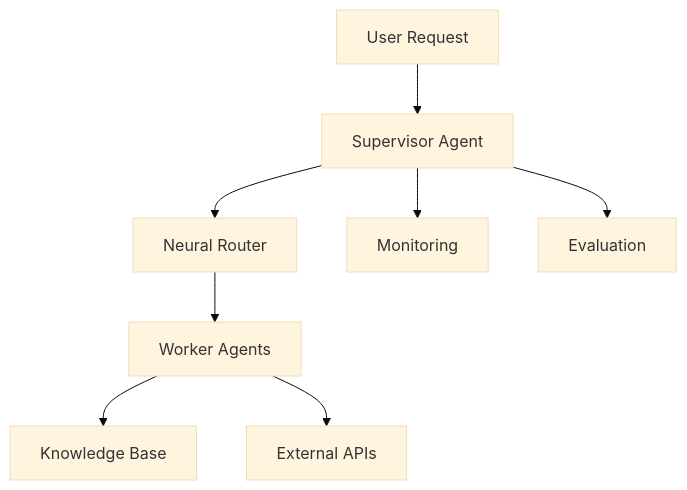
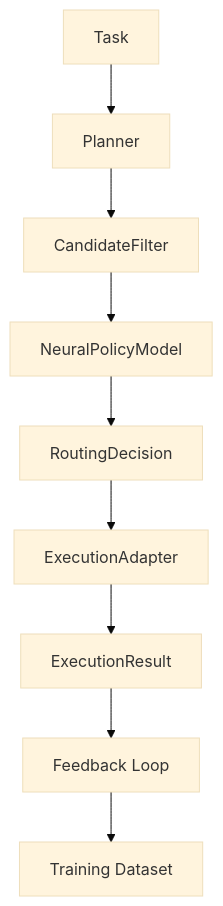
One commit to Modularium/ABrain changed the diagram in docs/index.md. Above: the diagram before and after it, drawn with Mermaid (base theme). The commit also changed other lines of this file and 27 other files, not shown here.

````diff
--- a/docs/index.md
+++ b/docs/index.md
@@ -56,10 +36,11 @@
 ```mermaid
 graph TD
-    A[User Request] --> B[Supervisor Agent]
-    B --> C[Neural Router]
-    C --> D[Worker Agents]
-    D --> E[Knowledge Base]
-    D --> F[External APIs]
-    B --> G[Monitoring]
-    B --> H[Evaluation]
+    A[Task] --> B[Planner]
+    B --> C[CandidateFilter]
+    C --> D[NeuralPolicyModel]
+    D --> E[RoutingDecision]
+    E --> F[ExecutionAdapter]
+    F --> G[ExecutionResult]
+    G --> H[Feedback Loop]
+    H --> I[Training Dataset]
 ```
````
